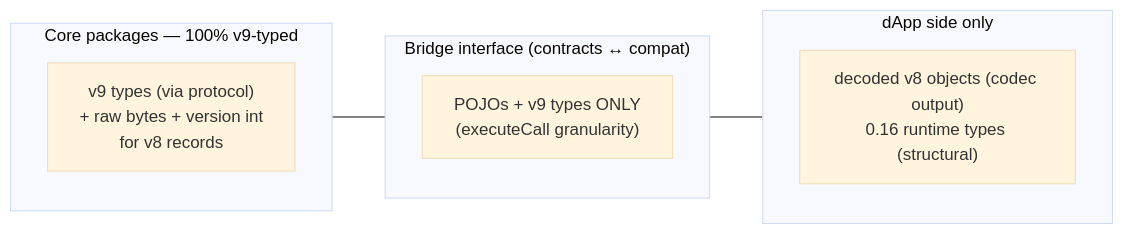
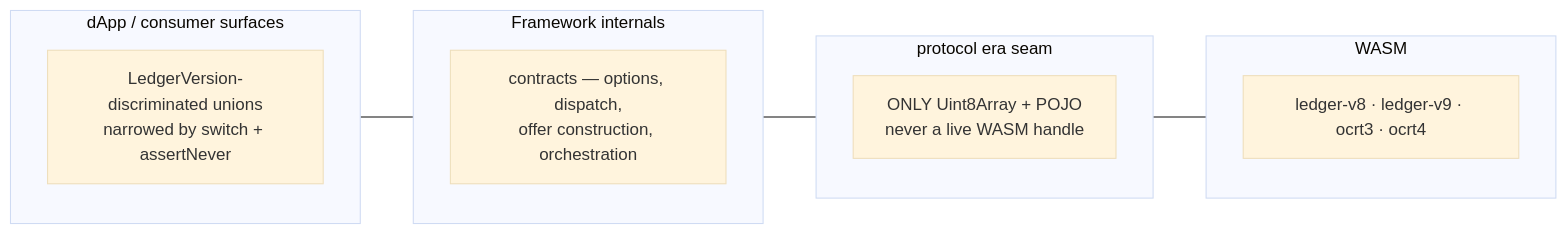
One commit to midnightntwrk/midnight-js changed the eighth of 10 diagrams in docs/architecture/2026-08-05-ledger-v8-v9-dual-support-architecture.md. Above: the diagram before and after it, drawn with Mermaid (base theme). The commit also changed other lines of this file and 3 other files, not shown here.

````diff
--- a/docs/architecture/2026-08-05-ledger-v8-v9-dual-support-architecture.md
+++ b/docs/architecture/2026-08-05-ledger-v8-v9-dual-support-architecture.md
@@ -419,14 +369,17 @@
 ```mermaid
 flowchart LR
-    subgraph core["Core packages — 100% v9-typed"]
-        v9types["v9 types (via protocol)<br/>+ raw bytes + version int<br/>for v8 records"]
+    subgraph consumer["dApp / consumer surfaces"]
+        u["LedgerVersion-discriminated unions<br/>narrowed by switch + assertNever"]
     end
-    subgraph bridge["Bridge interface (contracts ↔ compat)"]
-        pojo["POJOs + v9 types ONLY<br/>(executeCall granularity)"]
+    subgraph fw["Framework internals"]
+        c["contracts — options, dispatch,<br/>offer construction, orchestration"]
     end
-    subgraph dappside["dApp side only"]
-        v8types["decoded v8 objects (codec output)<br/>0.16 runtime types (structural)"]
+    subgraph seam["protocol era seam"]
+        p["ONLY Uint8Array + POJO<br/>never a live WASM handle"]
+    end
+    subgraph w["WASM"]
+        h["ledger-v8 · ledger-v9 · ocrt3 · ocrt4"]
     end
 
-    core --- bridge --- dappside
+    consumer --- fw --- seam --- w
 ```
````
